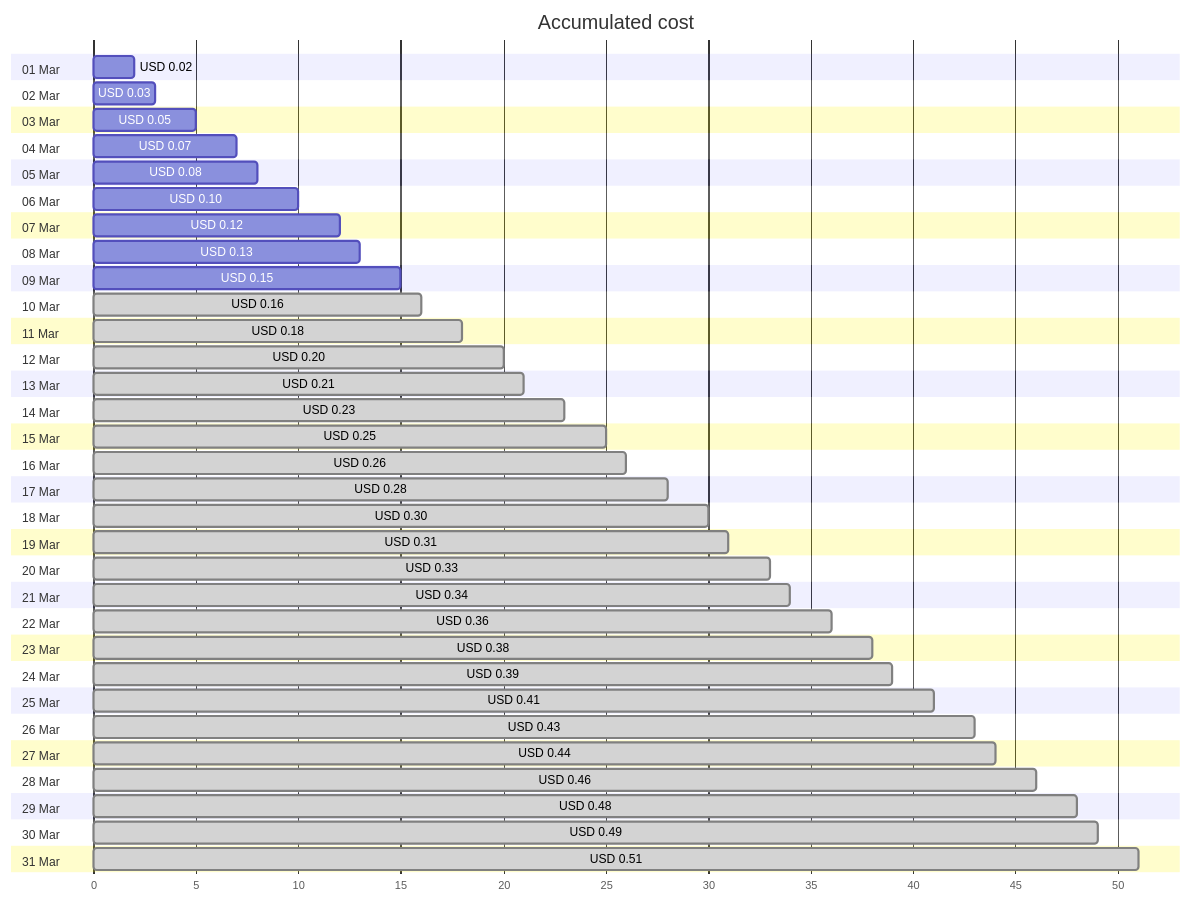
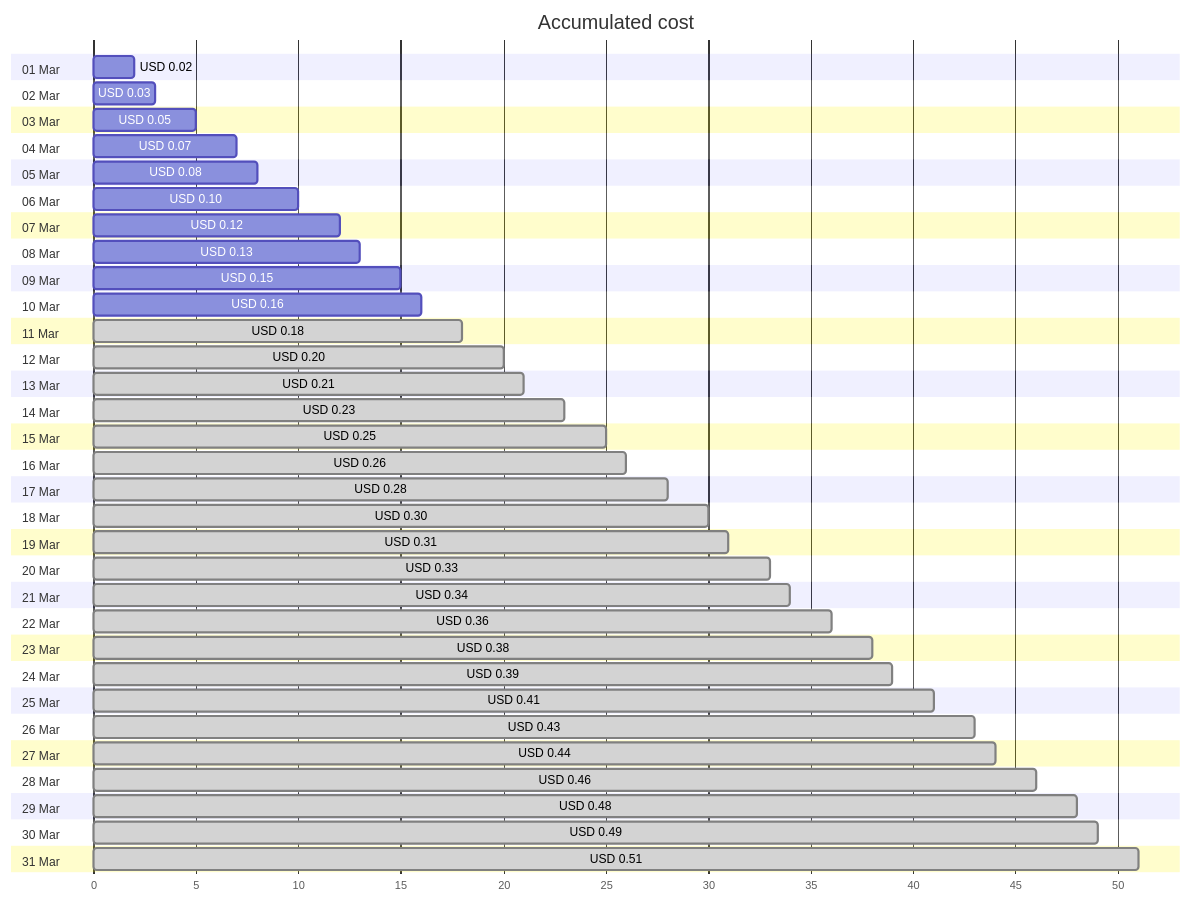
One commit to jpfulton/azure-personal-reports changed the first of 4 diagrams in cost-reports/personal-dns/jpatrickfulton.dev.md. Above: the diagram before and after it, drawn with Mermaid. The commit also changed other lines of this file and 2 other files, not shown here.

````diff
--- a/cost-reports/personal-dns/jpatrickfulton.dev.md
+++ b/cost-reports/personal-dns/jpatrickfulton.dev.md
@@ -20,68 +20,68 @@
 ```mermaid
 gantt
    title Accumulated cost
    dateFormat  X
    axisFormat %s
    section 01 Mar
    USD 0.02 :0, 2
    section 02 Mar
    USD 0.03 :0, 3
    section 03 Mar
    USD 0.05 :0, 5
    section 04 Mar
    USD 0.07 :0, 7
    section 05 Mar
    USD 0.08 :0, 8
    section 06 Mar
    USD 0.10 :0, 10
    section 07 Mar
    USD 0.12 :0, 12
    section 08 Mar
    USD 0.13 :0, 13
    section 09 Mar
    USD 0.15 :0, 15
    section 10 Mar
-   USD 0.16 : done, 0, 16
+   USD 0.16 :0, 16
    section 11 Mar
    USD 0.18 : done, 0, 18
    section 12 Mar
    USD 0.20 : done, 0, 20
    section 13 Mar
    USD 0.21 : done, 0, 21
    section 14 Mar
    USD 0.23 : done, 0, 23
    section 15 Mar
    USD 0.25 : done, 0, 25
    section 16 Mar
    USD 0.26 : done, 0, 26
    section 17 Mar
    USD 0.28 : done, 0, 28
    section 18 Mar
    USD 0.30 : done, 0, 30
    section 19 Mar
    USD 0.31 : done, 0, 31
    section 20 Mar
    USD 0.33 : done, 0, 33
    section 21 Mar
    USD 0.34 : done, 0, 34
    section 22 Mar
    USD 0.36 : done, 0, 36
    section 23 Mar
    USD 0.38 : done, 0, 38
    section 24 Mar
    USD 0.39 : done, 0, 39
    section 25 Mar
    USD 0.41 : done, 0, 41
    section 26 Mar
    USD 0.43 : done, 0, 43
    section 27 Mar
    USD 0.44 : done, 0, 44
    section 28 Mar
    USD 0.46 : done, 0, 46
    section 29 Mar
    USD 0.48 : done, 0, 48
    section 30 Mar
    USD 0.49 : done, 0, 49
    section 31 Mar
    USD 0.51 : done, 0, 51
 ```
````
